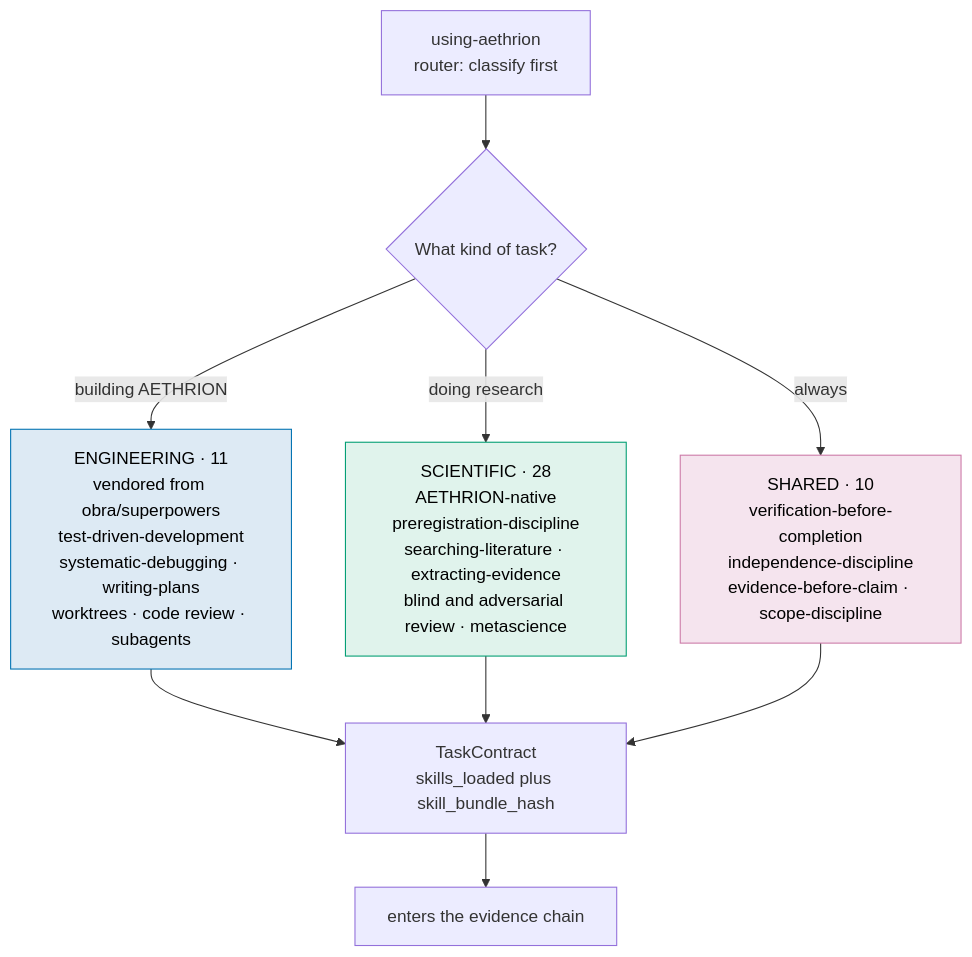
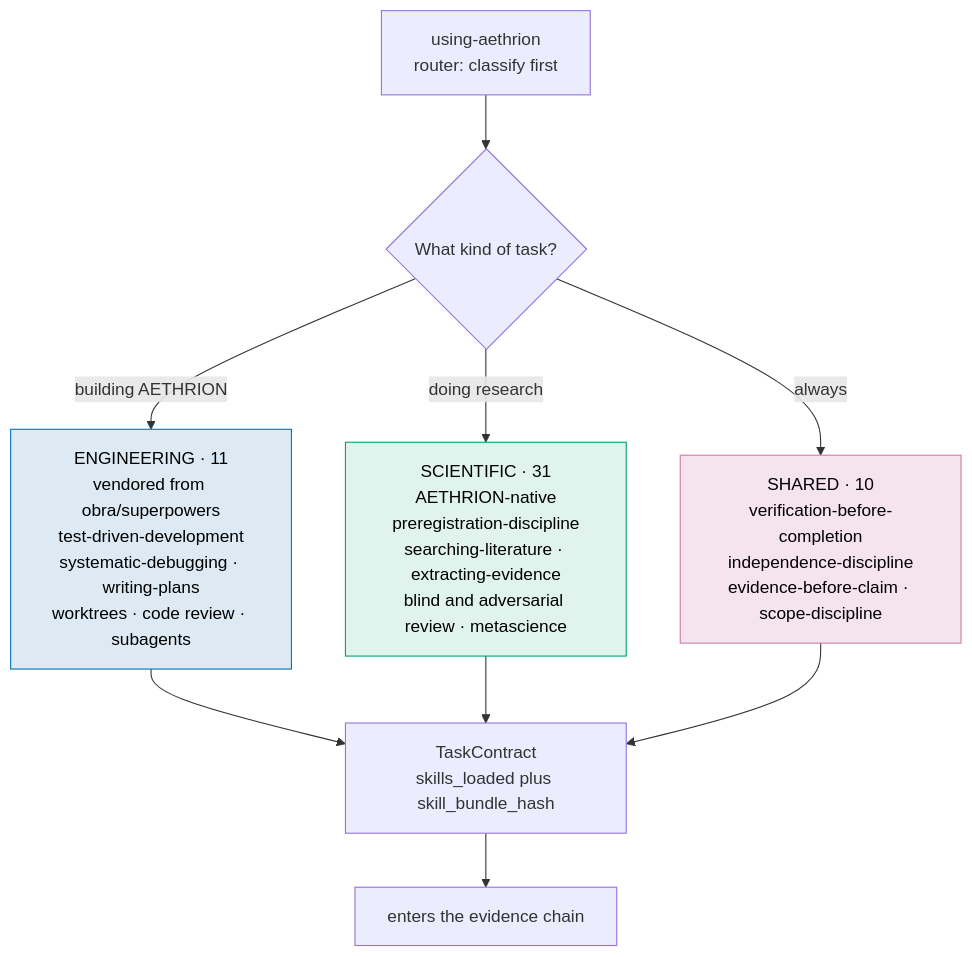
One commit to furkanhanilci/AETHRION changed the tenth of 17 diagrams in README.md. Above: the diagram before and after it, drawn with Mermaid. The commit also changed other lines of this file and 55 other files, not shown here.

````diff
--- a/README.md
+++ b/README.md
@@ -580,15 +617,15 @@
 ```mermaid
 flowchart TD
     R["using-aethrion<br/>router: classify first"]
     R --> Q{"What kind of task?"}
     Q -->|"building AETHRION"| ENG["ENGINEERING · 11<br/>vendored from obra/superpowers<br/>test-driven-development<br/>systematic-debugging · writing-plans<br/>worktrees · code review · subagents"]
-    Q -->|"doing research"| SCI["SCIENTIFIC · 28<br/>AETHRION-native<br/>preregistration-discipline<br/>searching-literature · extracting-evidence<br/>blind and adversarial review · metascience"]
+    Q -->|"doing research"| SCI["SCIENTIFIC · 31<br/>AETHRION-native<br/>preregistration-discipline<br/>searching-literature · extracting-evidence<br/>blind and adversarial review · metascience"]
     Q -->|"always"| SH["SHARED · 10<br/>verification-before-completion<br/>independence-discipline<br/>evidence-before-claim · scope-discipline"]
     ENG --> TC["TaskContract<br/>skills_loaded plus skill_bundle_hash"]
     SCI --> TC
     SH --> TC
     TC --> EV["enters the evidence chain"]
     style ENG fill:#DDEAF4,stroke:#0072B2,color:#000
     style SCI fill:#E0F3EC,stroke:#009E73,color:#000
     style SH fill:#F5E4EE,stroke:#CC79A7,color:#000
 ```
````
